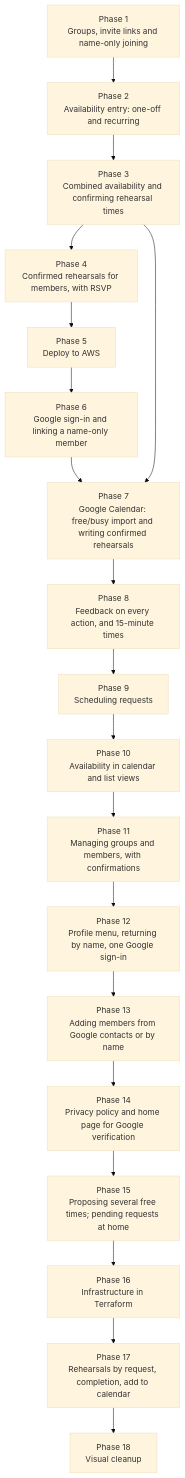
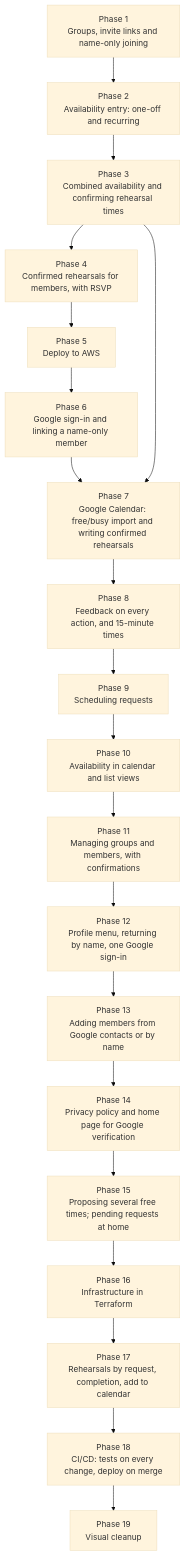
One commit to leifdalan/music-chairs changed the diagram in plan/INDEX.md. Above: the diagram before and after it, drawn with Mermaid (base theme). The commit also changed other lines of this file and 3 other files, not shown here.

Commit message:
Plan Phase 18 (CI/CD, deploy on merge to main) before the visual cleanup, now Phase 19

````diff
--- a/plan/INDEX.md
+++ b/plan/INDEX.md
@@ -27,24 +27,25 @@
 ```mermaid
 graph TD
     P1[Phase 1<br/>Groups, invite links and name-only joining]
     P2[Phase 2<br/>Availability entry: one-off and recurring]
     P3[Phase 3<br/>Combined availability and confirming rehearsal times]
     P4[Phase 4<br/>Confirmed rehearsals for members, with RSVP]
     P5[Phase 5<br/>Deploy to AWS]
     P6[Phase 6<br/>Google sign-in and linking a name-only member]
     P7[Phase 7<br/>Google Calendar: free/busy import and writing confirmed rehearsals]
     P8[Phase 8<br/>Feedback on every action, and 15-minute times]
     P9[Phase 9<br/>Scheduling requests]
     P10[Phase 10<br/>Availability in calendar and list views]
     P11[Phase 11<br/>Managing groups and members, with confirmations]
     P12[Phase 12<br/>Profile menu, returning by name, one Google sign-in]
     P13[Phase 13<br/>Adding members from Google contacts or by name]
     P14[Phase 14<br/>Privacy policy and home page for Google verification]
     P15[Phase 15<br/>Proposing several free times; pending requests at home]
     P16[Phase 16<br/>Infrastructure in Terraform]
     P17[Phase 17<br/>Rehearsals by request, completion, add to calendar]
-    P18[Phase 18<br/>Visual cleanup]
+    P18[Phase 18<br/>CI/CD: tests on every change, deploy on merge]
+    P19[Phase 19<br/>Visual cleanup]
     P1 --> P2 --> P3 --> P4 --> P5 --> P6 --> P7
     P3 --> P7
-    P7 --> P8 --> P9 --> P10 --> P11 --> P12 --> P13 --> P14 --> P15 --> P16 --> P17 --> P18
+    P7 --> P8 --> P9 --> P10 --> P11 --> P12 --> P13 --> P14 --> P15 --> P16 --> P17 --> P18 --> P19
 ```
````
